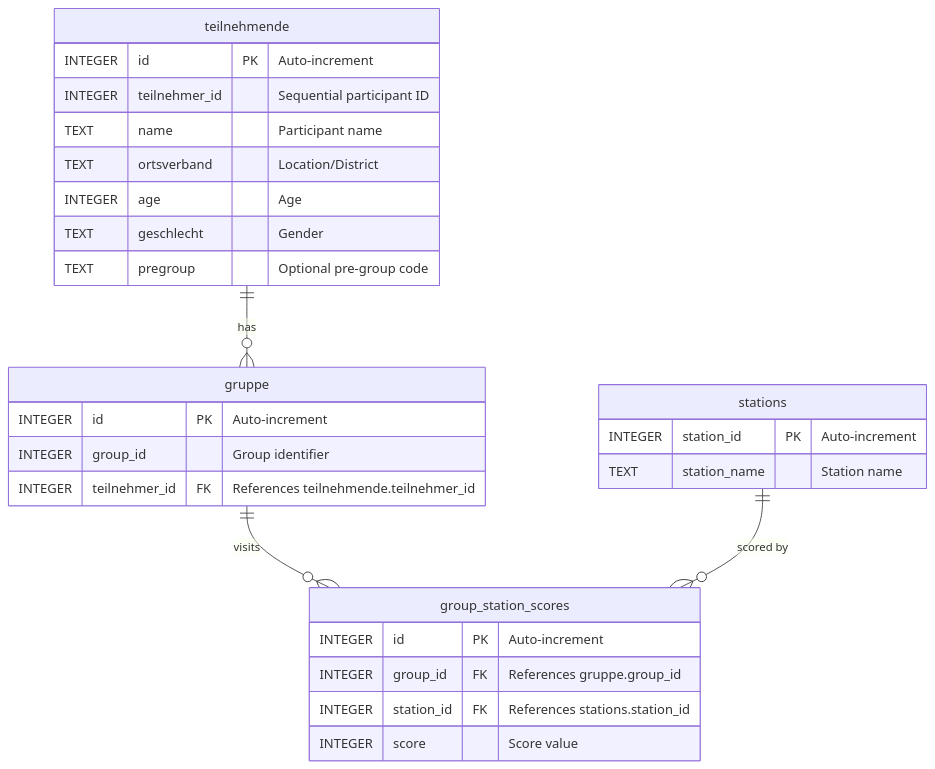
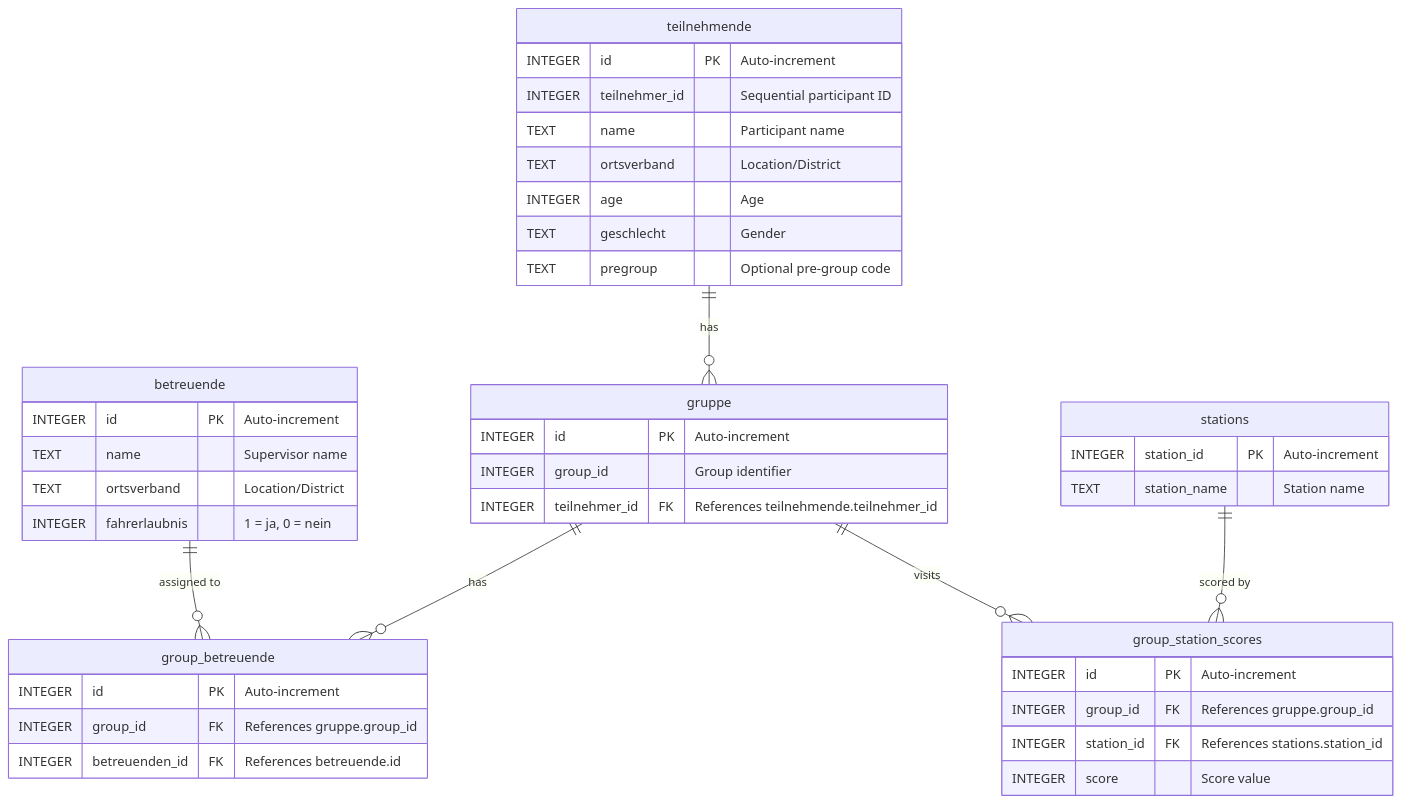
The diagram in documentation/README_DEVELOPER.md (saskia-peters/experiment1), drawn with Mermaid before and after one commit. The commit also changed other lines of this file and 4 other files, not shown here.

````diff
--- a/documentation/README_DEVELOPER.md
+++ b/documentation/README_DEVELOPER.md
@@ -176,34 +177,49 @@
 ```mermaid
 erDiagram
     teilnehmende ||--o{ gruppe : "has"
+    betreuende ||--o{ group_betreuende : "assigned to"
+    gruppe ||--o{ group_betreuende : "has"
     gruppe ||--o{ group_station_scores : "visits"
     stations ||--o{ group_station_scores : "scored by"
 
     teilnehmende {
         INTEGER id PK "Auto-increment"
         INTEGER teilnehmer_id "Sequential participant ID"
         TEXT name "Participant name"
         TEXT ortsverband "Location/District"
         INTEGER age "Age"
         TEXT geschlecht "Gender"
         TEXT pregroup "Optional pre-group code"
     }
 
+    betreuende {
+        INTEGER id PK "Auto-increment"
+        TEXT name "Supervisor name"
+        TEXT ortsverband "Location/District"
+        INTEGER fahrerlaubnis "1 = ja, 0 = nein"
+    }
+
     gruppe {
         INTEGER id PK "Auto-increment"
         INTEGER group_id "Group identifier"
         INTEGER teilnehmer_id FK "References teilnehmende.teilnehmer_id"
+    }
+
+    group_betreuende {
+        INTEGER id PK "Auto-increment"
+        INTEGER group_id FK "References gruppe.group_id"
+        INTEGER betreuenden_id FK "References betreuende.id"
     }
 
     stations {
         INTEGER station_id PK "Auto-increment"
         TEXT station_name "Station name"
     }
 
     group_station_scores {
         INTEGER id PK "Auto-increment"
         INTEGER group_id FK "References gruppe.group_id"
         INTEGER station_id FK "References stations.station_id"
         INTEGER score "Score value"
     }
 ```
````
